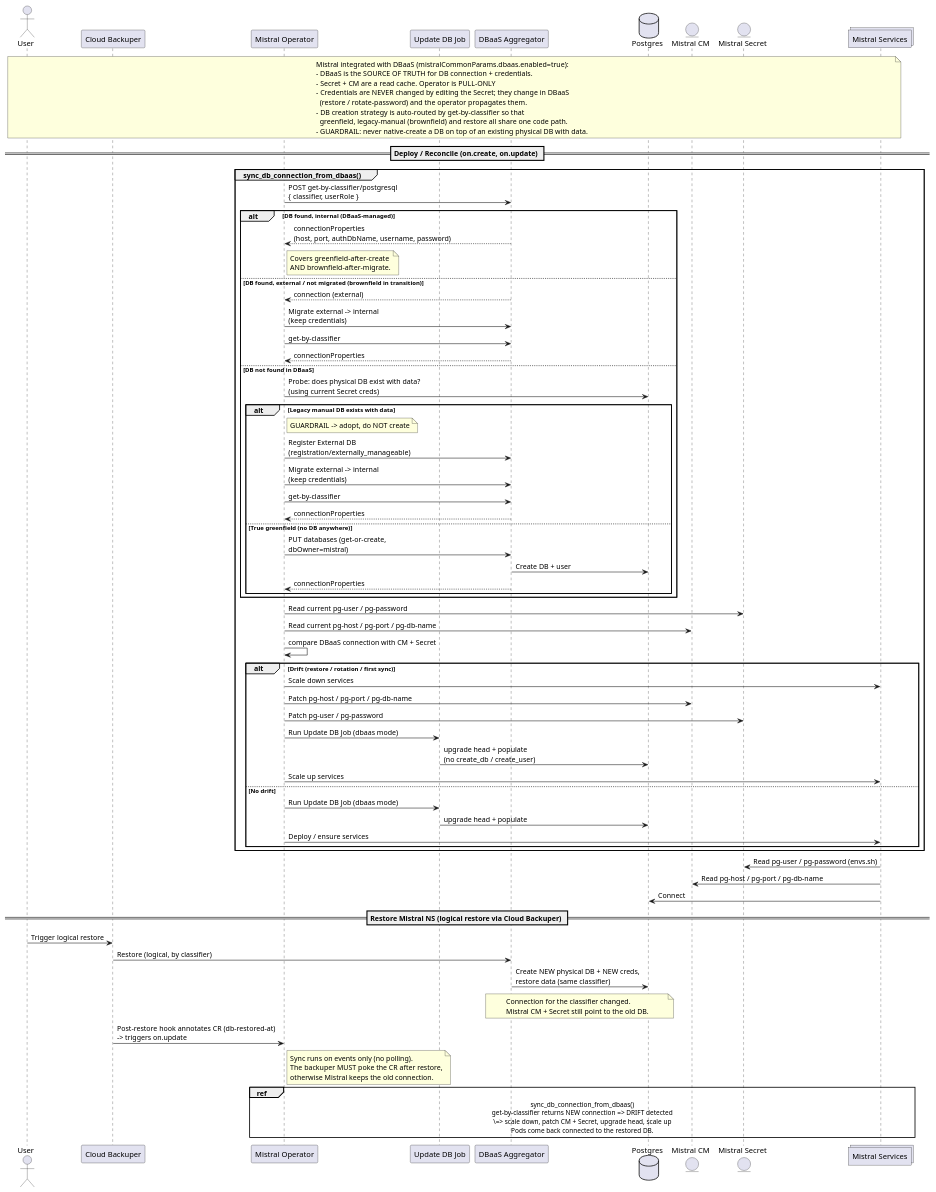
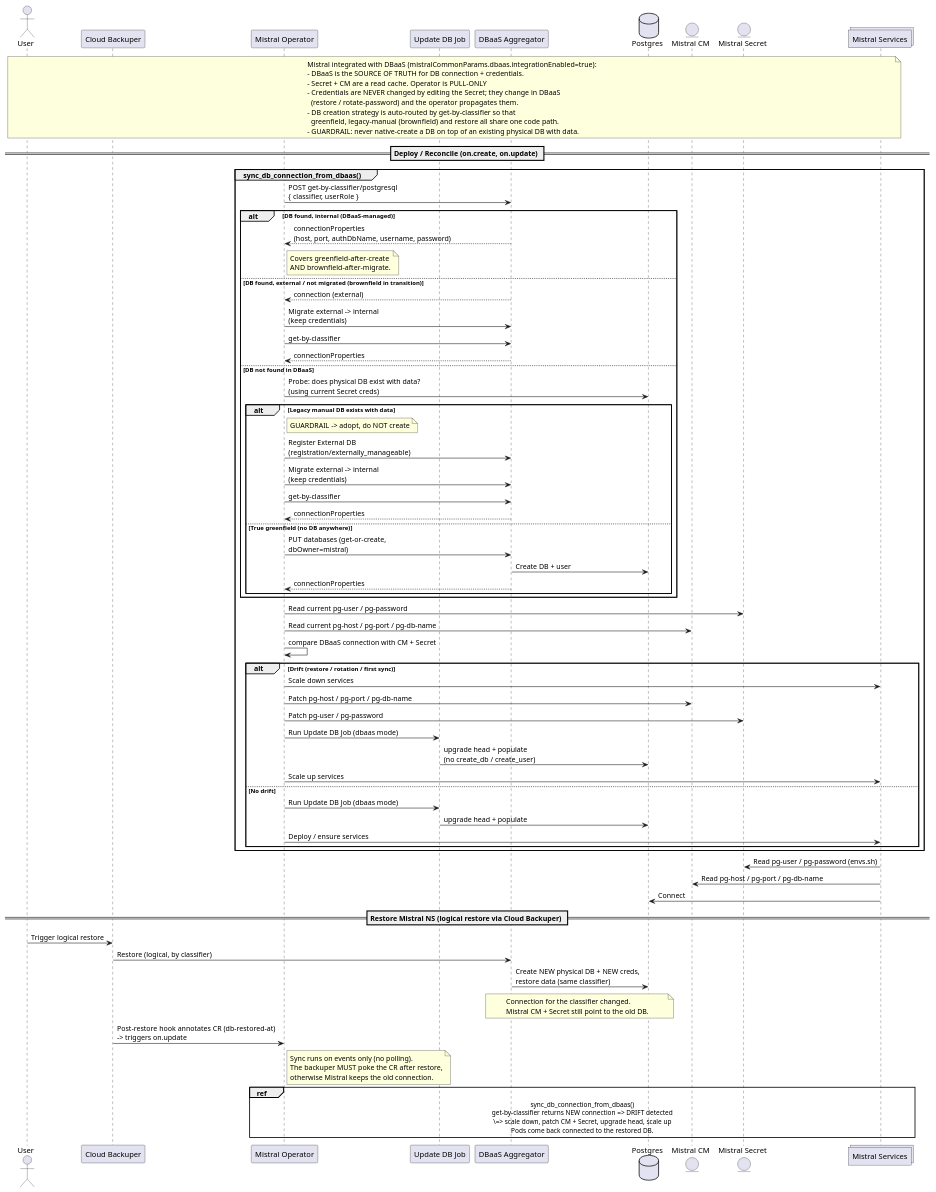
The diagram in custom_doc/internal/design/mistral_integration_with_dbaas.puml (Netcracker/qubership-mistral), drawn with PlantUML before and after one commit. The commit also changed 5 other files, not shown here.

```diff
--- a/custom_doc/internal/design/mistral_integration_with_dbaas.puml
+++ b/custom_doc/internal/design/mistral_integration_with_dbaas.puml
@@ -1,107 +1,107 @@
 @startuml Mistral + DBaaS: provisioning, restore, credential ownership
 
 actor "User" as user
 participant "Cloud Backuper" as CB
 participant "Mistral Operator" as MO
 participant "Update DB Job" as MUJ
 participant "DBaaS Aggregator" as DBaaS
 database "Postgres" as P
 
 entity "Mistral CM" as MCM
 entity "Mistral Secret" as MS
 collections "Mistral Services" as MSVC
 
 note across
-  Mistral integrated with DBaaS (mistralCommonParams.dbaas.enabled=true):
+  Mistral integrated with DBaaS (mistralCommonParams.dbaas.integrationEnabled=true):
   - DBaaS is the SOURCE OF TRUTH for DB connection + credentials.
   - Secret + CM are a read cache. Operator is PULL-ONLY
   - Credentials are NEVER changed by editing the Secret; they change in DBaaS
     (restore / rotate-password) and the operator propagates them.
   - DB creation strategy is auto-routed by get-by-classifier so that
     greenfield, legacy-manual (brownfield) and restore all share one code path.
   - GUARDRAIL: never native-create a DB on top of an existing physical DB with data.
 end note
 
 == Deploy / Reconcile (on.create, on.update) ==
 
 group sync_db_connection_from_dbaas()
 
     MO -> DBaaS: POST get-by-classifier/postgresql\n{ classifier, userRole }
 
     alt DB found, internal (DBaaS-managed)
         DBaaS --> MO: connectionProperties\n(host, port, authDbName, username, password)
         note right of MO
           Covers greenfield-after-create
           AND brownfield-after-migrate.
         end note
 
     else DB found, external / not migrated (brownfield in transition)
         DBaaS --> MO: connection (external)
         MO -> DBaaS: Migrate external -> internal\n(keep credentials)
         MO -> DBaaS: get-by-classifier
         DBaaS --> MO: connectionProperties
 
     else DB not found in DBaaS
         MO -> P: Probe: does physical DB exist with data?\n(using current Secret creds)
         alt Legacy manual DB exists with data
             note right of MO: GUARDRAIL -> adopt, do NOT create
             MO -> DBaaS: Register External DB\n(registration/externally_manageable)
             MO -> DBaaS: Migrate external -> internal\n(keep credentials)
             MO -> DBaaS: get-by-classifier
             DBaaS --> MO: connectionProperties
         else True greenfield (no DB anywhere)
             MO -> DBaaS: PUT databases (get-or-create,\ndbOwner=mistral)
             DBaaS -> P: Create DB + user
             DBaaS --> MO: connectionProperties
         end
     end
 
     MO -> MS: Read current pg-user / pg-password
     MO -> MCM: Read current pg-host / pg-port / pg-db-name
     MO -> MO: compare DBaaS connection with CM + Secret
 
     alt Drift (restore / rotation / first sync)
         MO -> MSVC: Scale down services
         MO -> MCM: Patch pg-host / pg-port / pg-db-name
         MO -> MS: Patch pg-user / pg-password
         MO -> MUJ: Run Update DB Job (dbaas mode)
         MUJ -> P: upgrade head + populate\n(no create_db / create_user)
         MO -> MSVC: Scale up services
     else No drift
         MO -> MUJ: Run Update DB Job (dbaas mode)
         MUJ -> P: upgrade head + populate
         MO -> MSVC: Deploy / ensure services
     end
 end
 
 MSVC -> MS: Read pg-user / pg-password (envs.sh)
 MSVC -> MCM: Read pg-host / pg-port / pg-db-name
 MSVC -> P: Connect
 
 
 == Restore Mistral NS (logical restore via Cloud Backuper) ==
 
 user -> CB: Trigger logical restore
 CB -> DBaaS: Restore (logical, by classifier)
 DBaaS -> P: Create NEW physical DB + NEW creds,\nrestore data (same classifier)
 note over DBaaS, P
   Connection for the classifier changed.
   Mistral CM + Secret still point to the old DB.
 end note
 
 CB -> MO: Post-restore hook annotates CR (db-restored-at)\n-> triggers on.update
 note right of MO
   Sync runs on events only (no polling).
   The backuper MUST poke the CR after restore,
   otherwise Mistral keeps the old connection.
 end note
 
 ref over MO, DBaaS, P, MCM, MS, MSVC
   sync_db_connection_from_dbaas()
   get-by-classifier returns NEW connection => DRIFT detected
   \=> scale down, patch CM + Secret, upgrade head, scale up
   Pods come back connected to the restored DB.
 end ref
 
 
 @enduml
```
